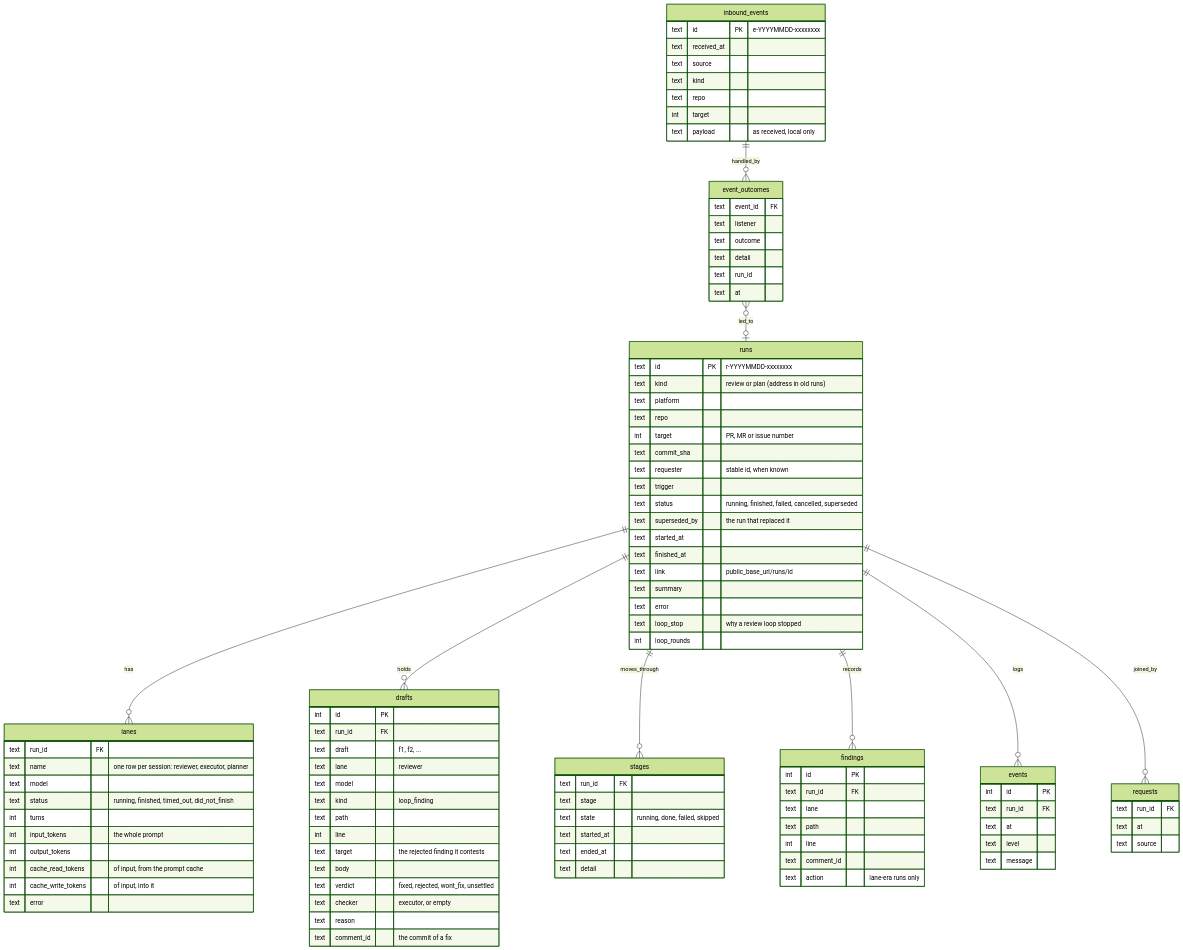
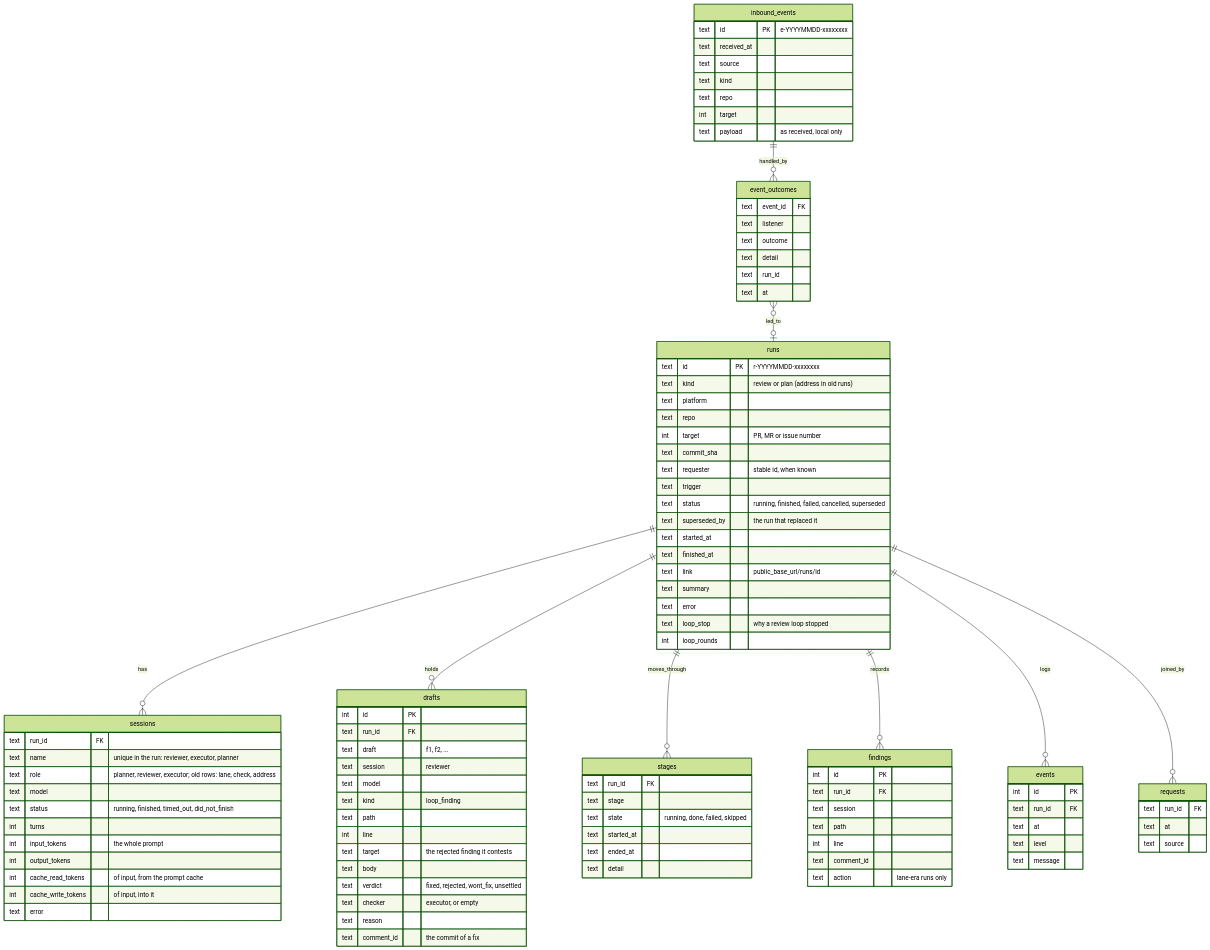
Before and after one commit to StephanMeijer/meneerhenk: the tenth of 12 diagrams in ARCHITECTURE.md, drawn with Mermaid (forest theme). The commit also changed other lines of this file and 39 other files, not shown here.

First line of the commit message:
feat(store)!: the store keeps sessions with a role, not lanes

````diff
--- a/ARCHITECTURE.md
+++ b/ARCHITECTURE.md
@@ -699,6 +698,6 @@
 ```mermaid
 erDiagram
-    runs ||--o{ lanes : has
+    runs ||--o{ sessions : has
     runs ||--o{ drafts : holds
     runs ||--o{ stages : moves_through
     runs ||--o{ findings : records
@@ -725,9 +724,10 @@
         text loop_stop "why a review loop stopped"
         int loop_rounds
     }
-    lanes {
+    sessions {
         text run_id FK
-        text name "one row per session: reviewer, executor, planner"
+        text name "unique in the run: reviewer, executor, planner"
+        text role "planner, reviewer, executor; old rows: lane, check, address"
         text model
         text status "running, finished, timed_out, did_not_finish"
         int turns
@@ -741,7 +741,7 @@
         int id PK
         text run_id FK
         text draft "f1, f2, ..."
-        text lane "reviewer"
+        text session "reviewer"
         text model
         text kind "loop_finding"
         text path
@@ -764,7 +764,7 @@
     findings {
         int id PK
         text run_id FK
-        text lane
+        text session
         text path
         int line
         text comment_id
````
